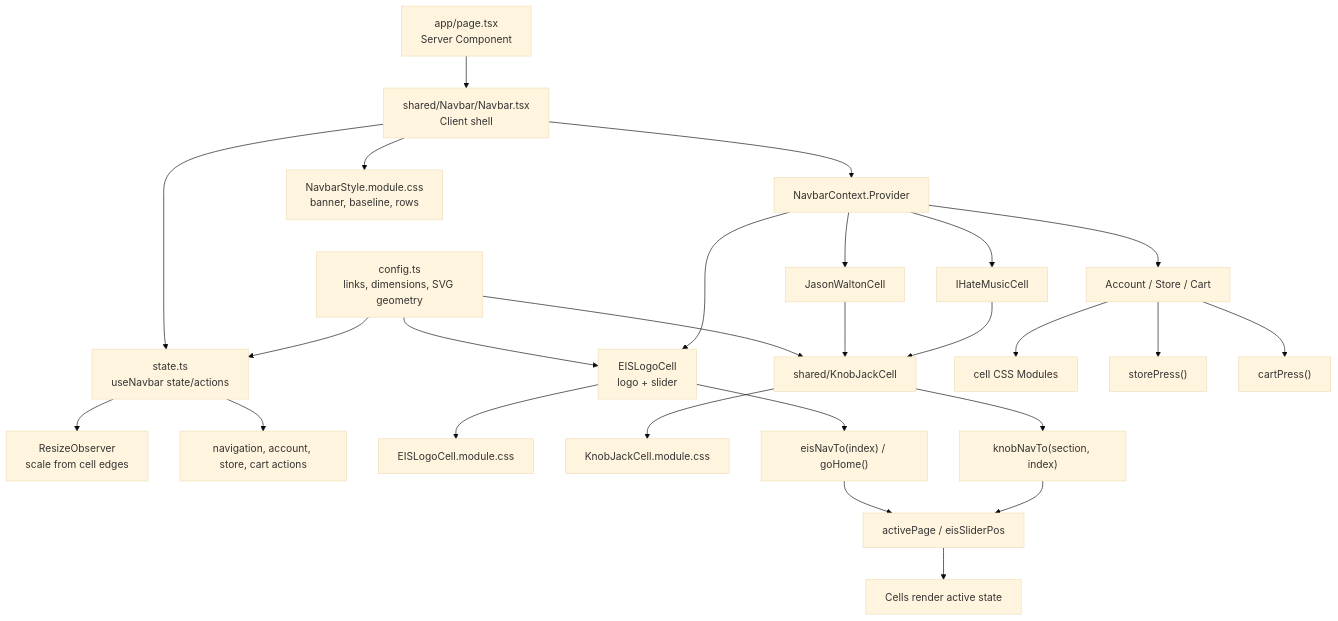
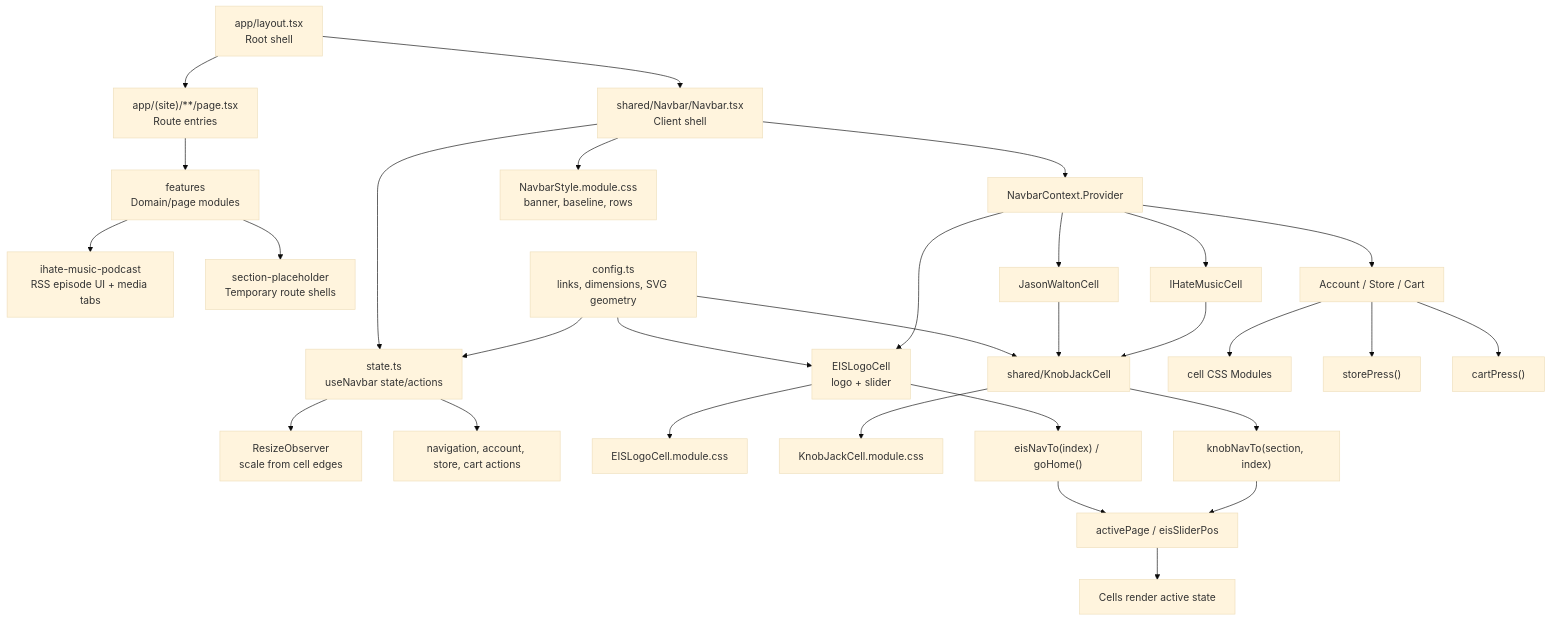
One commit to bucketb0t/Earth_In_Sound changed the diagram in PROJECT_ARCHITECTURE.md. Above: the diagram before and after it, drawn with Mermaid (base theme). The commit also changed other lines of this file and 17 other files, not shown here.

````diff
--- a/PROJECT_ARCHITECTURE.md
+++ b/PROJECT_ARCHITECTURE.md
@@ -158,32 +214,37 @@
 ```mermaid
 flowchart TD
-  Page["app/page.tsx<br/>Server Component"] --> Navbar["shared/Navbar/Navbar.tsx<br/>Client shell"]
+  Layout["app/layout.tsx<br/>Root shell"] --> Navbar["shared/Navbar/Navbar.tsx<br/>Client shell"]
+  Layout --> Routes["app/(site)/**/page.tsx<br/>Route entries"]
+  Routes --> Features["features<br/>Domain/page modules"]
+  Features --> Podcast["ihate-music-podcast<br/>RSS episode UI + media tabs"]
+  Features --> Placeholder["section-placeholder<br/>Temporary route shells"]
+
   Navbar --> Provider["NavbarContext.Provider"]
   Navbar --> ShellCSS["NavbarStyle.module.css<br/>banner, baseline, rows"]
   Navbar --> State["state.ts<br/>useNavbar state/actions"]
   State --> Measure["ResizeObserver<br/>scale from cell edges"]
   State --> Actions["navigation, account, store, cart actions"]
   Config["config.ts<br/>links, dimensions, SVG geometry"] --> State
   Config --> EIS
   Config --> Knob
 
   Provider --> EIS["EISLogoCell<br/>logo + slider"]
   Provider --> JW["JasonWaltonCell"]
   Provider --> IHM["IHateMusicCell"]
   Provider --> Utility["Account / Store / Cart"]
 
   EIS --> EISCSS["EISLogoCell.module.css"]
   JW --> Knob["shared/KnobJackCell"]
   IHM --> Knob
   Knob --> KnobCSS["KnobJackCell.module.css"]
   Utility --> UtilityCSS["cell CSS Modules"]
 
   EIS --> EISNav["eisNavTo(index) / goHome()"]
   Knob --> KnobNav["knobNavTo(section, index)"]
   Utility --> Store["storePress()"]
   Utility --> Cart["cartPress()"]
 
   EISNav --> Active["activePage / eisSliderPos"]
   KnobNav --> Active
   Active --> Render["Cells render active state"]
 ```
````
